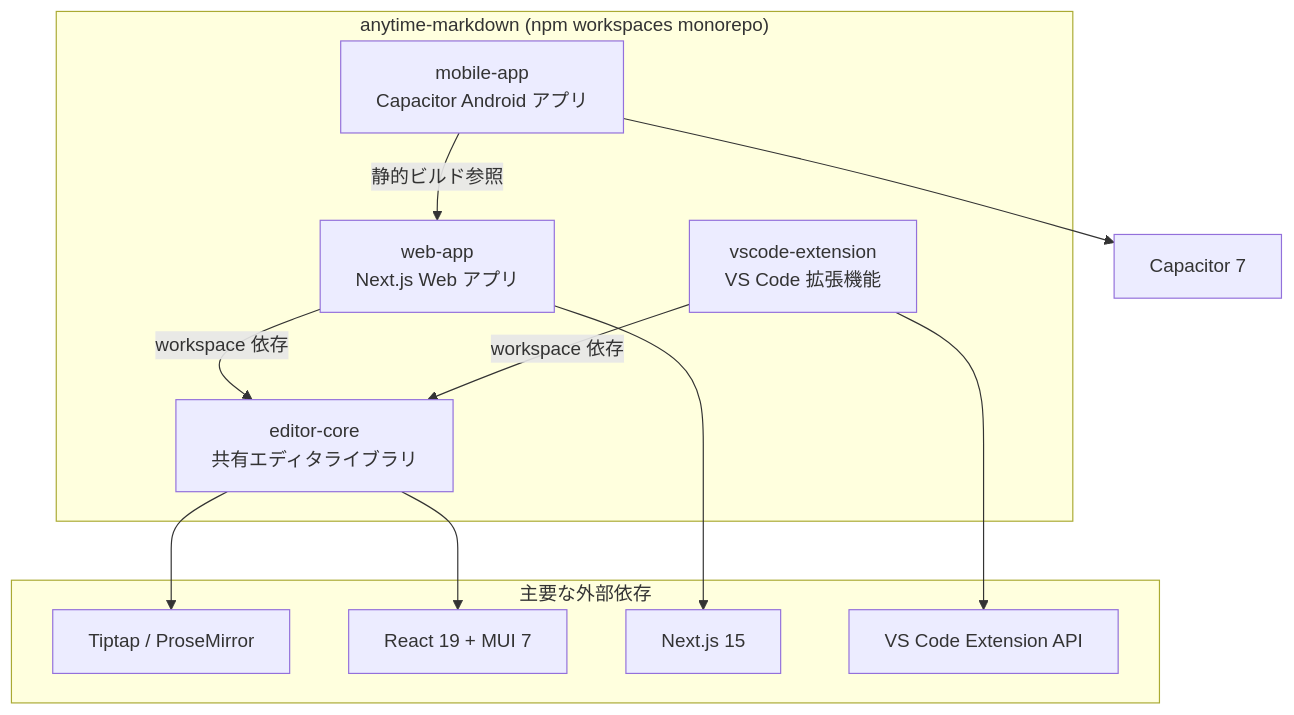
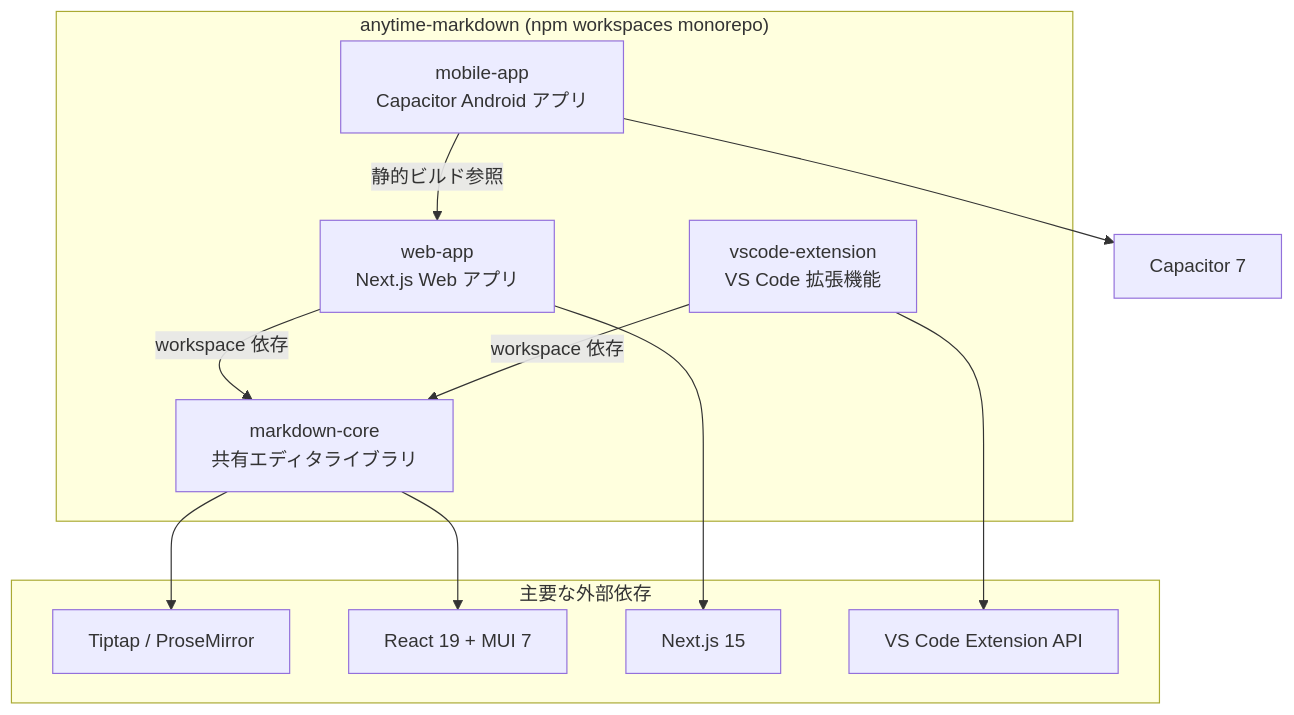
One commit to kiyotaka-ueda/anytime-markdown changed the diagram in README.ja.md. Above: the diagram before and after it, drawn with Mermaid. The commit also changed 52 other files, not shown here.

First line of the commit message:
refactor: rename editor-core to markdown-core

````diff
--- a/README.ja.md
+++ b/README.ja.md
@@ -28,28 +28,28 @@
 ```mermaid
 flowchart TD
     %% ノード定義
     subgraph mono ["anytime-markdown (npm workspaces monorepo)"]
-        EC["editor-core<br/>共有エディタライブラリ"]
+        EC["markdown-core<br/>共有エディタライブラリ"]
         WA["web-app<br/>Next.js Web アプリ"]
         VE["vscode-extension<br/>VS Code 拡張機能"]
         MA["mobile-app<br/>Capacitor Android アプリ"]
     end
 
     subgraph deps ["主要な外部依存"]
         Tiptap["Tiptap / ProseMirror"]
         React["React 19 + MUI 7"]
         Next["Next.js 15"]
         VSCodeAPI["VS Code Extension API"]
     end
 
     %% 接続定義
     WA -->|"workspace 依存"| EC
     VE -->|"workspace 依存"| EC
     MA -->|"静的ビルド参照"| WA
 
     EC --> Tiptap
     EC --> React
     WA --> Next
     VE --> VSCodeAPI
     MA --> Capacitor["Capacitor 7"]
 ```
````
